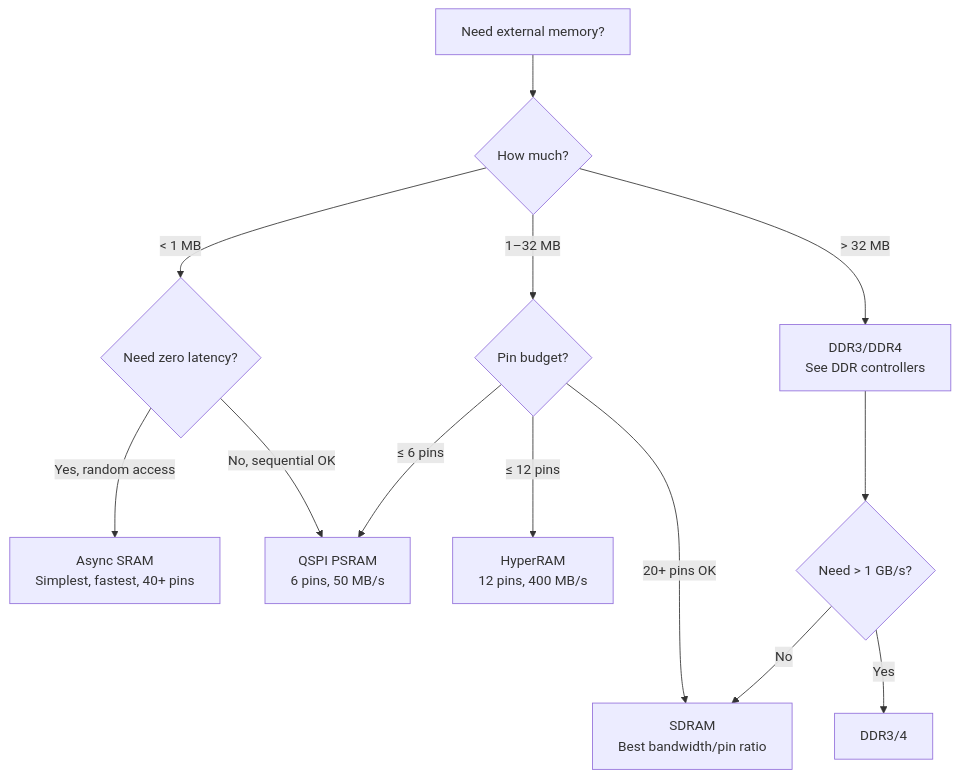
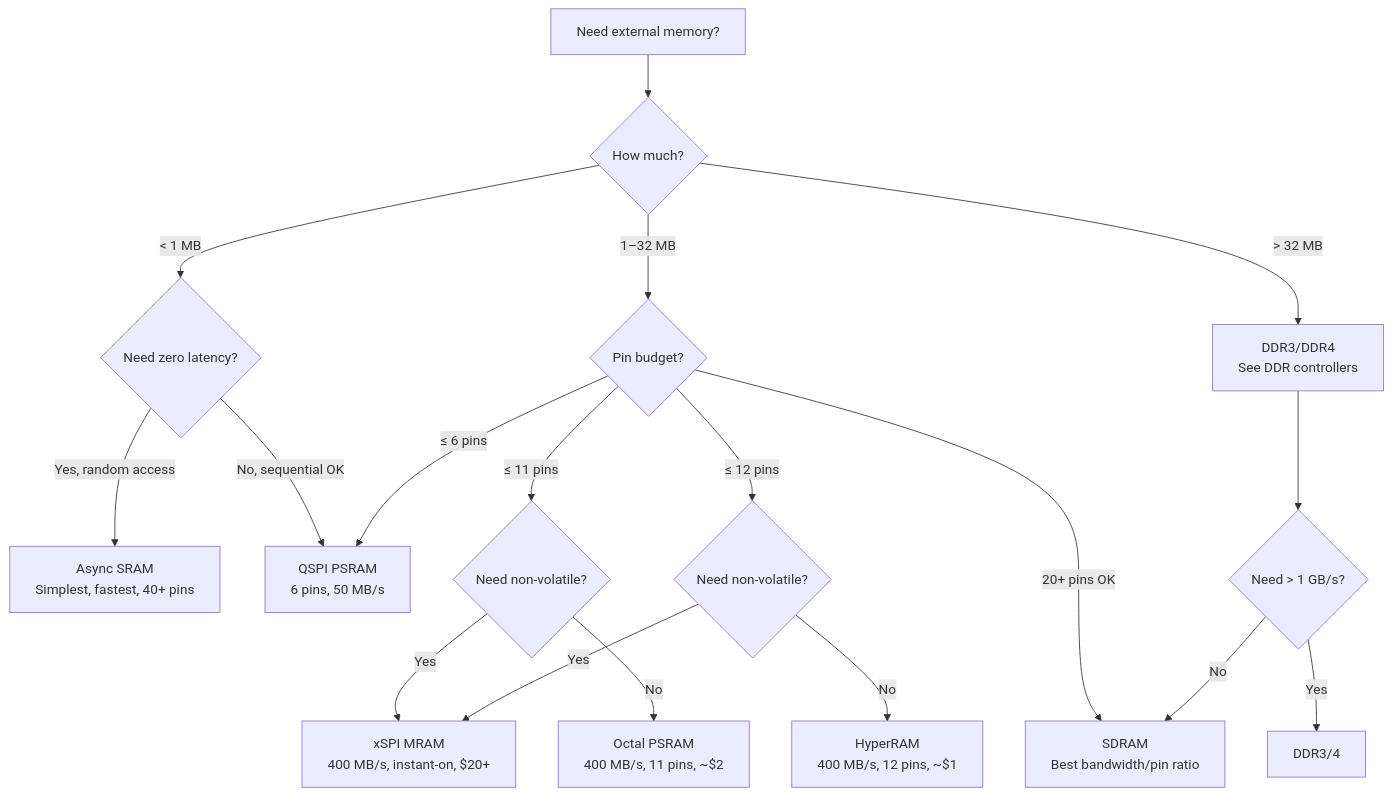
One commit to alfishe/fpga-bootcamp changed the diagram in 12_open_source_open_hardware/memory_controllers/specialized_memory.md. Above: the diagram before and after it, drawn with Mermaid. The commit also changed other lines of this file and 24 other files, not shown here.

````diff
--- a/12_open_source_open_hardware/memory_controllers/specialized_memory.md
+++ b/12_open_source_open_hardware/memory_controllers/specialized_memory.md
@@ -252,15 +388,20 @@
 ```mermaid
 flowchart TD
-    A[Need external memory?] --> B{How much?}
-    B -->|< 1 MB| C{Need zero latency?}
-    B -->|1–32 MB| D{Pin budget?}
-    B -->|> 32 MB| E[DDR3/DDR4<br/>See DDR controllers]
-    C -->|Yes, random access| F[Async SRAM<br/>Simplest, fastest, 40+ pins]
-    C -->|No, sequential OK| G[QSPI PSRAM<br/>6 pins, 50 MB/s]
-    D -->|≤ 6 pins| G
-    D -->|≤ 12 pins| H[HyperRAM<br/>12 pins, 400 MB/s]
-    D -->|20+ pins OK| I[SDRAM<br/>Best bandwidth/pin ratio]
-    E --> J{Need > 1 GB/s?}
-    J -->|Yes| K[DDR3/4]
-    J -->|No| I
+    A["Need external memory?"] --> B{"How much?"}
+    B -->|"< 1 MB"| C{"Need zero latency?"}
+    B -->|"1–32 MB"| D{"Pin budget?"}
+    B -->|"> 32 MB"| E["DDR3/DDR4<br/>See DDR controllers"]
+    C -->|"Yes, random access"| F["Async SRAM<br/>Simplest, fastest, 40+ pins"]
+    C -->|"No, sequential OK"| G["QSPI PSRAM<br/>6 pins, 50 MB/s"]
+    D -->|"≤ 6 pins"| G
+    D -->|"≤ 11 pins"| H{"Need non-volatile?"}
+    D -->|"≤ 12 pins"| I{"Need non-volatile?"}
+    D -->|"20+ pins OK"| J["SDRAM<br/>Best bandwidth/pin ratio"]
+    H -->|"Yes"| K["xSPI MRAM<br/>400 MB/s, instant-on, $20+"]
+    H -->|"No"| L["Octal PSRAM<br/>400 MB/s, 11 pins, ~$2"]
+    I -->|"Yes"| K
+    I -->|"No"| M["HyperRAM<br/>400 MB/s, 12 pins, ~$1"]
+    E --> N{"Need > 1 GB/s?"}
+    N -->|"Yes"| O["DDR3/4"]
+    N -->|"No"| J
 ```
````
